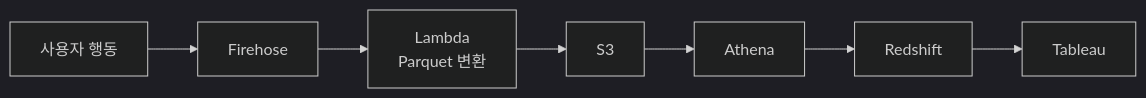
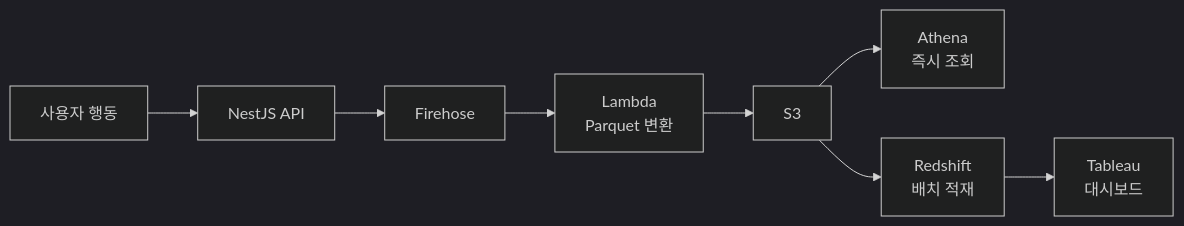
Before and after one commit to banggeunho/banggeunho: the diagram in portfolio/projects/data-pipeline-firehose/index.md, drawn with Mermaid (dark theme). The commit also changed other lines of this file and 5 other files, not shown here.

First line of the commit message:
Improve portfolio projects with architect feedback

````diff
--- a/portfolio/projects/data-pipeline-firehose/index.md
+++ b/portfolio/projects/data-pipeline-firehose/index.md
@@ -38,9 +108,10 @@
 ```mermaid
 graph LR
-    A[사용자 행동] --> B[Firehose]
-    B --> C[Lambda<br/>Parquet 변환]
-    C --> D[S3]
-    D --> E[Athena]
-    E --> F[Redshift]
-    F --> G[Tableau]
+    A[사용자 행동] --> B[NestJS API]
+    B --> C[Firehose]
+    C --> D[Lambda<br/>Parquet 변환]
+    D --> E[S3]
+    E --> F[Athena<br/>즉시 조회]
+    E --> G[Redshift<br/>배치 적재]
+    G --> H[Tableau<br/>대시보드]
 ```
````
